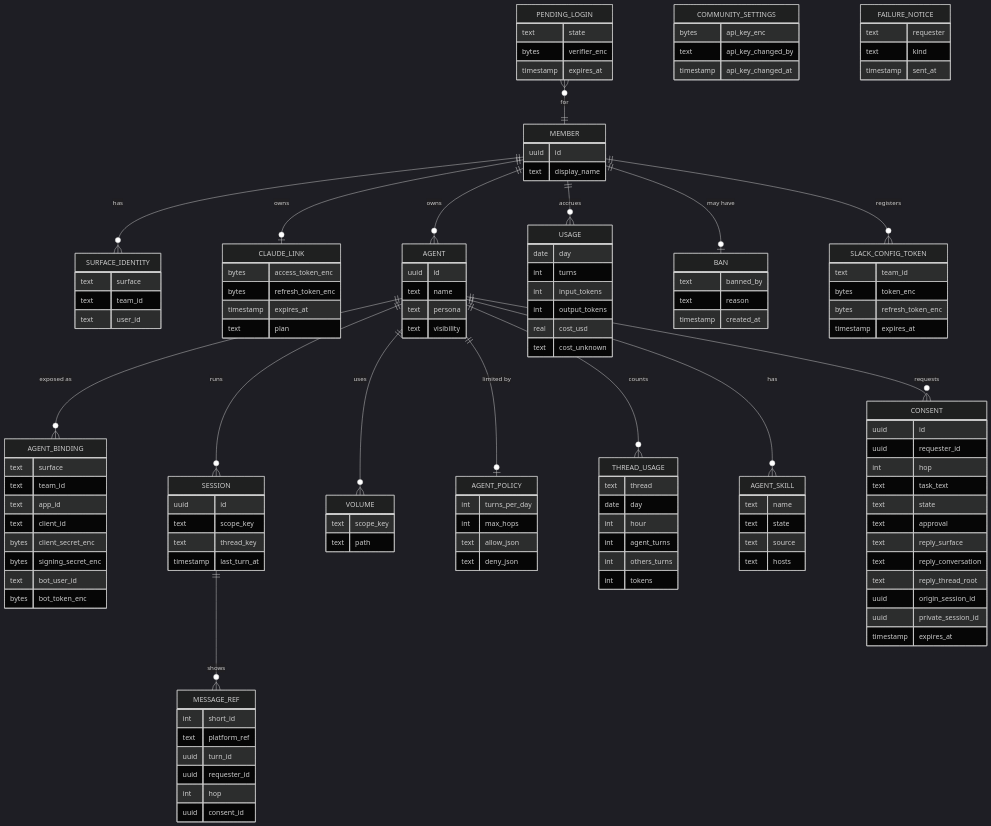
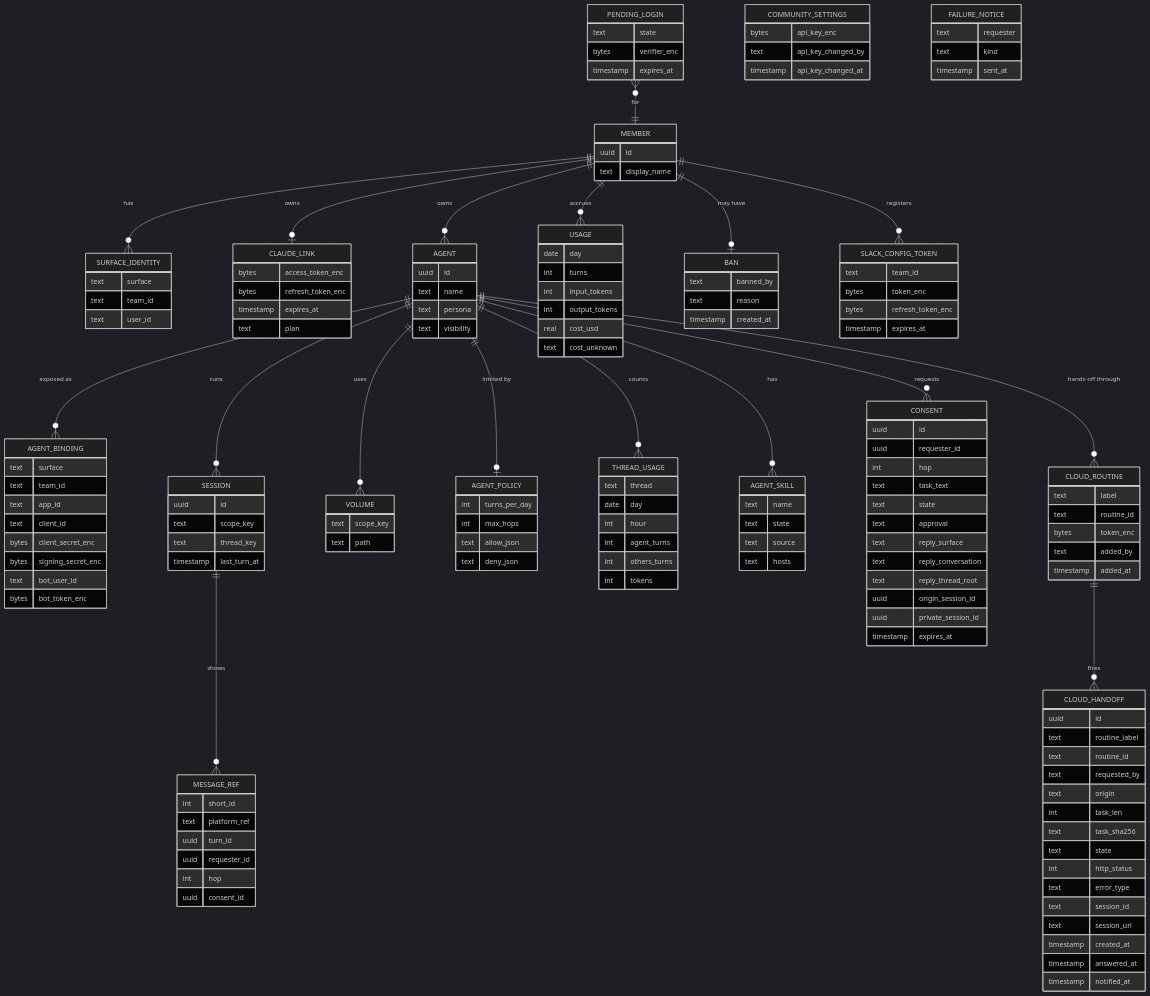
Before and after one commit to agentsky/agent-core: the eighth of 8 diagrams in docs/design.md, drawn with Mermaid (dark theme). The commit also changed other lines of this file and 1 other file, not shown here.

```diff
--- a/docs/design.md
+++ b/docs/design.md
@@ -748,6 +1044,8 @@
     AGENT ||--o{ AGENT_SKILL : has
     PENDING_LOGIN }o--|| MEMBER : for
     AGENT ||--o{ CONSENT : requests
+    AGENT ||--o{ CLOUD_ROUTINE : "hands off through"
+    CLOUD_ROUTINE ||--o{ CLOUD_HANDOFF : fires
 
     MEMBER {
         uuid id
@@ -814,6 +1112,30 @@
         uuid private_session_id
         timestamp expires_at
     }
+    CLOUD_ROUTINE {
+        text label
+        text routine_id
+        bytes token_enc
+        text added_by
+        timestamp added_at
+    }
+    CLOUD_HANDOFF {
+        uuid id
+        text routine_label
+        text routine_id
+        text requested_by
+        text origin
+        int task_len
+        text task_sha256
+        text state
+        int http_status
+        text error_type
+        text session_id
+        text session_url
+        timestamp created_at
+        timestamp answered_at
+        timestamp notified_at
+    }
     VOLUME {
         text scope_key
         text path
```
